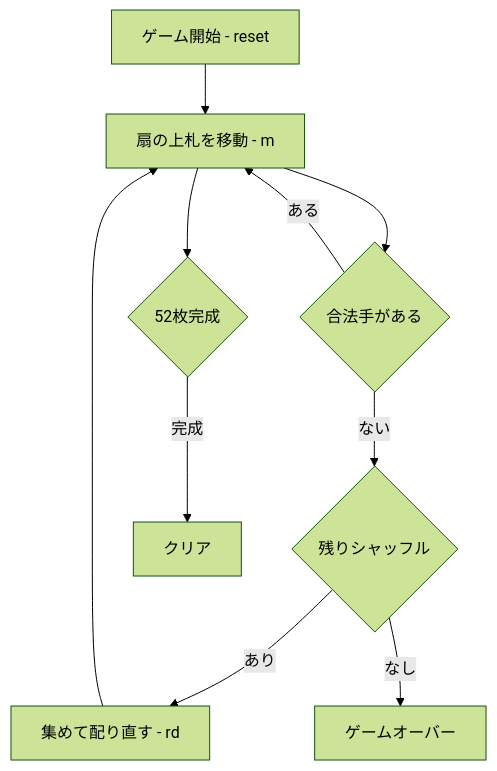
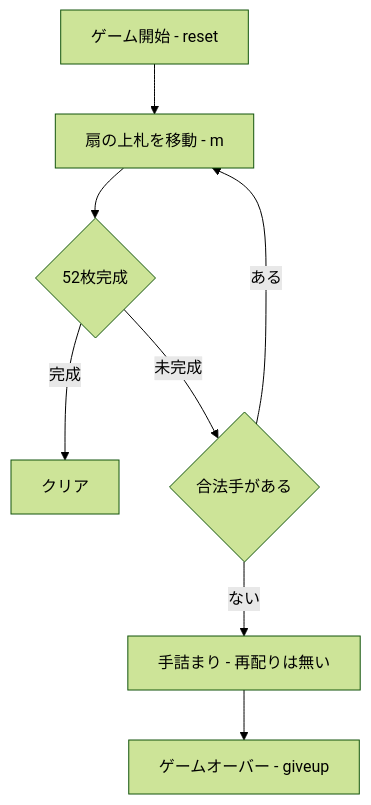
Before and after one commit to yuta-yoshinaga/go_trumpcards: the diagram in docs/manual/cui/shamrocks.md, drawn with Mermaid (forest theme). The commit also changed other lines of this file and 25 other files, not shown here.

````diff
--- a/docs/manual/cui/shamrocks.md
+++ b/docs/manual/cui/shamrocks.md
@@ -23,12 +25,10 @@
 ```mermaid
 flowchart TD
     A[ゲーム開始 - reset] --> B[扇の上札を移動 - m]
-    B --> C{合法手がある}
-    C -->|ある| B
-    C -->|ない| D{残りシャッフル}
-    D -->|あり| E[集めて配り直す - rd]
-    E --> B
-    D -->|なし| F[ゲームオーバー]
-    B --> G{52枚完成}
-    G -->|完成| H[クリア]
+    B --> C{52枚完成}
+    C -->|完成| D[クリア]
+    C -->|未完成| E{合法手がある}
+    E -->|ある| B
+    E -->|ない| F[手詰まり - 再配りは無い]
+    F --> G[ゲームオーバー - giveup]
 ```
````
